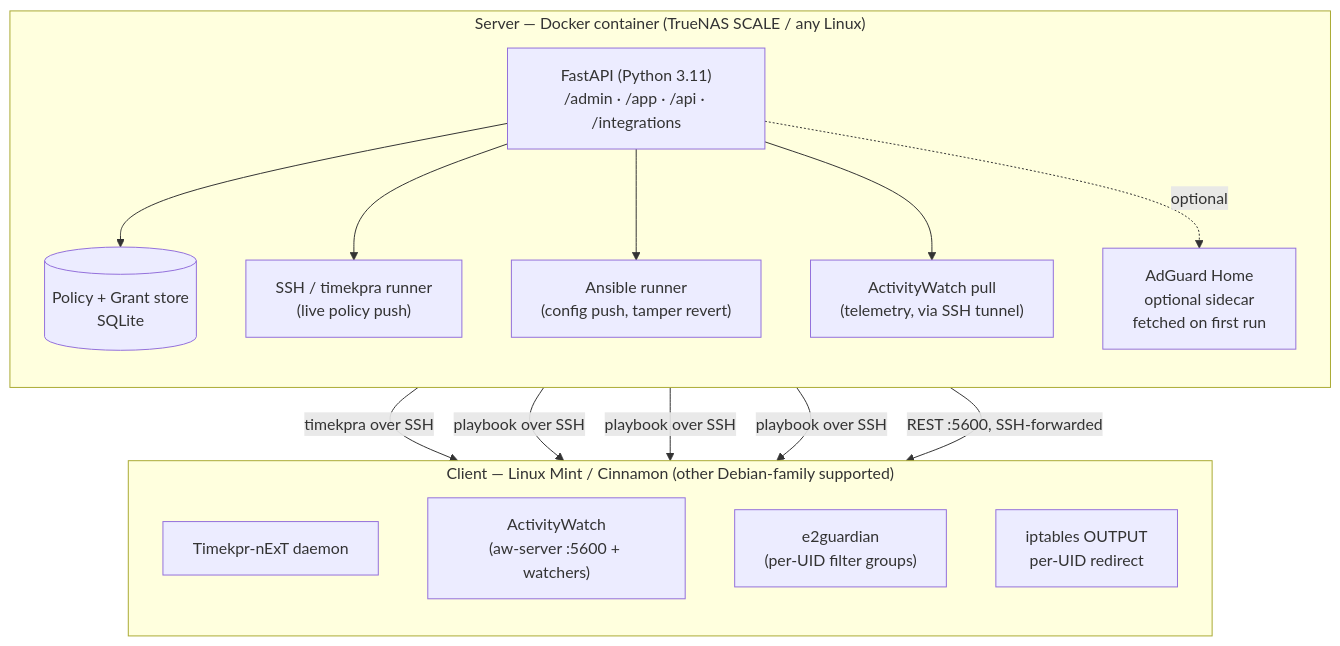
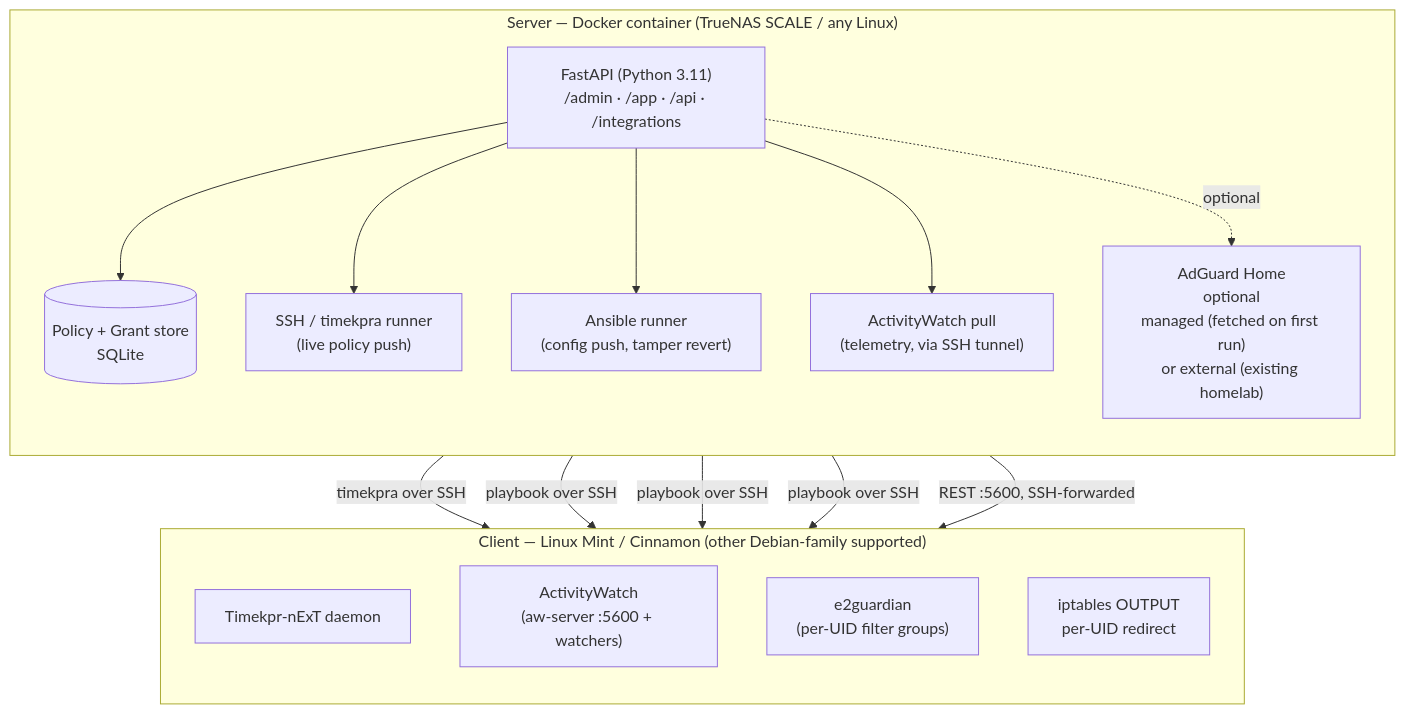
One commit to BenSeymourODB/linux-parental-controls-toolkit changed the diagram in README.md. Above: the diagram before and after it, drawn with Mermaid. The commit also changed other lines of this file and 5 other files, not shown here.

First line of the commit message:
Add external-AdGuard mode and re-flow View 2 to read top-to-bottom

````diff
--- a/README.md
+++ b/README.md
@@ -56,31 +56,31 @@
 ```mermaid
 flowchart TB
     subgraph Server["Server — Docker container (TrueNAS SCALE / any Linux)"]
         direction TB
         FastAPI["FastAPI (Python 3.11)<br/>/admin · /app · /api · /integrations"]
         Store[("Policy + Grant store<br/>SQLite")]
         SSHRun["SSH / timekpra runner<br/>(live policy push)"]
         AnsRun["Ansible runner<br/>(config push, tamper revert)"]
         AWPull["ActivityWatch pull<br/>(telemetry, via SSH tunnel)"]
-        AdGuard["AdGuard Home<br/>optional sidecar<br/>fetched on first run"]
+        AdGuard["AdGuard Home<br/>optional<br/>managed (fetched on first run)<br/>or external (existing homelab)"]
         FastAPI --> Store
         FastAPI --> SSHRun
         FastAPI --> AnsRun
         FastAPI --> AWPull
         FastAPI -.optional.-> AdGuard
     end
 
     subgraph Client["Client — Linux Mint / Cinnamon (other Debian-family supported)"]
         direction TB
         Timekpr["Timekpr-nExT daemon"]
         AW["ActivityWatch<br/>(aw-server :5600 + watchers)"]
         E2G["e2guardian<br/>(per-UID filter groups)"]
         IPT["iptables OUTPUT<br/>per-UID redirect"]
     end
 
     SSHRun -->|timekpra over SSH| Timekpr
     AnsRun -->|playbook over SSH| E2G
     AnsRun -->|playbook over SSH| IPT
     AnsRun -->|playbook over SSH| AW
     AWPull -->|REST :5600, SSH-forwarded| AW
 ```
````
